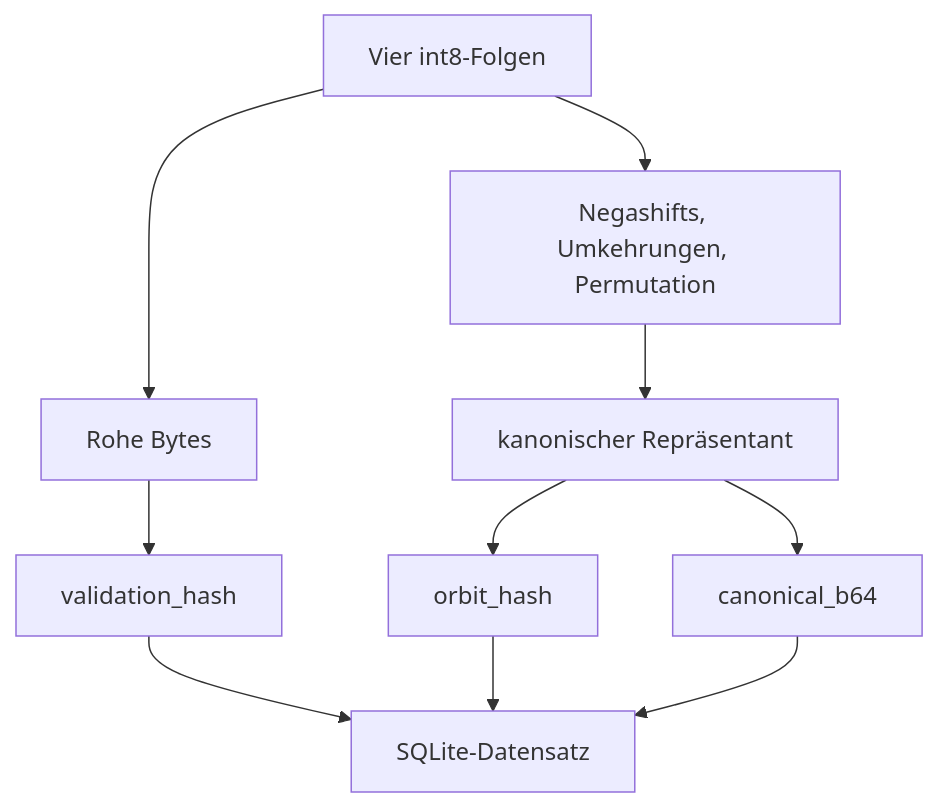
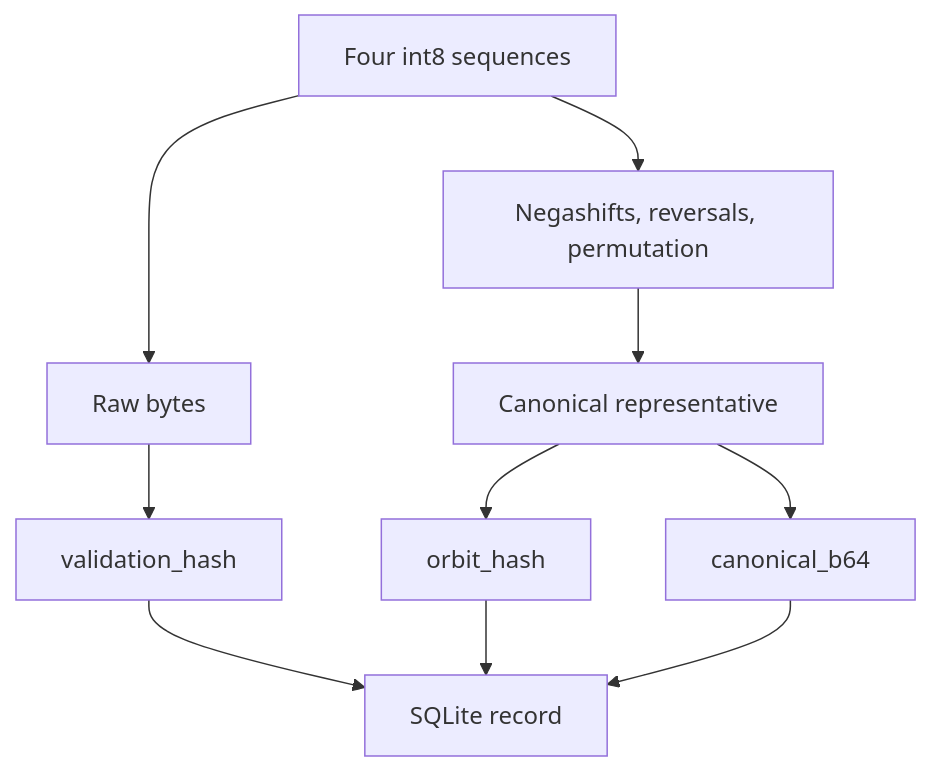
Before and after one commit to SmolBlackHole/hadamard-668: the second of 2 diagrams in docs/experiments.md, drawn with Mermaid. The commit also changed other lines of this file and 23 other files, not shown here.

````diff
--- a/docs/experiments.md
+++ b/docs/experiments.md
@@ -92,12 +110,12 @@
 ```mermaid
 flowchart TD
-    State["Vier int8-Folgen"] --> Raw["Rohe Bytes"]
+    State["Four int8 sequences"] --> Raw["Raw bytes"]
     Raw --> Validation["validation_hash"]
-    State --> Actions["Negashifts, Umkehrungen, Permutation"]
-    Actions --> Canonical["kanonischer Repräsentant"]
+    State --> Actions["Negashifts, reversals, permutation"]
+    Actions --> Canonical["Canonical representative"]
     Canonical --> Orbit["orbit_hash"]
     Canonical --> Payload["canonical_b64"]
-    Validation --> Record["SQLite-Datensatz"]
+    Validation --> Record["SQLite record"]
     Orbit --> Record
     Payload --> Record
 ```
````
